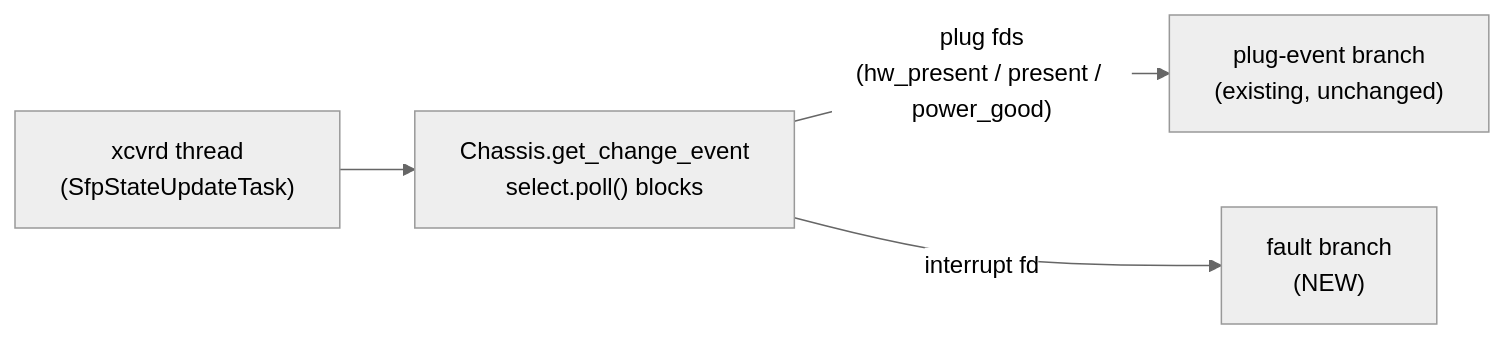
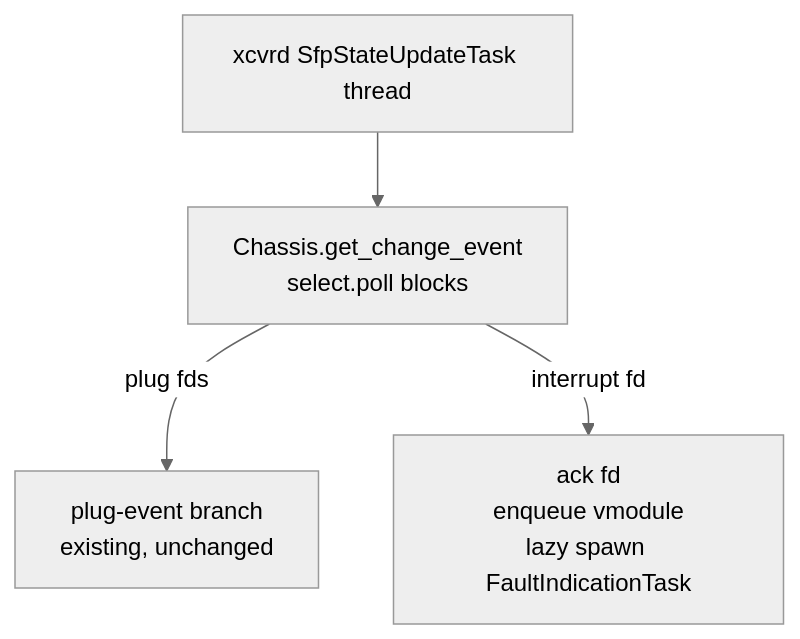
Before and after one commit to noaOrMlnx/SONiC: the first of 4 diagrams in doc/cpo-mellanox/cpo_fault_indication.md, drawn with Mermaid (neutral theme). The commit also changed other lines of this file, not shown here.

````diff
--- a/doc/cpo-mellanox/cpo_fault_indication.md
+++ b/doc/cpo-mellanox/cpo_fault_indication.md
@@ -124,6 +114,6 @@
 ```mermaid
-flowchart LR
-  thread["xcvrd thread<br/>(SfpStateUpdateTask)"] --> poll["Chassis.get_change_event<br/>select.poll() blocks"]
-  poll -->|"plug fds<br/>(hw_present / present / power_good)"| plug["plug-event branch<br/>(existing, unchanged)"]
-  poll -->|"interrupt fd"| fault["fault branch<br/>(NEW)"]
+flowchart TD
+  thread["xcvrd SfpStateUpdateTask thread"] --> chassis["Chassis.get_change_event<br/>select.poll blocks"]
+  chassis -->|"plug fds"| plug["plug-event branch<br/>existing, unchanged"]
+  chassis -->|"interrupt fd"| fault["ack fd<br/>enqueue vmodule<br/>lazy spawn FaultIndicationTask"]
 ```
````
